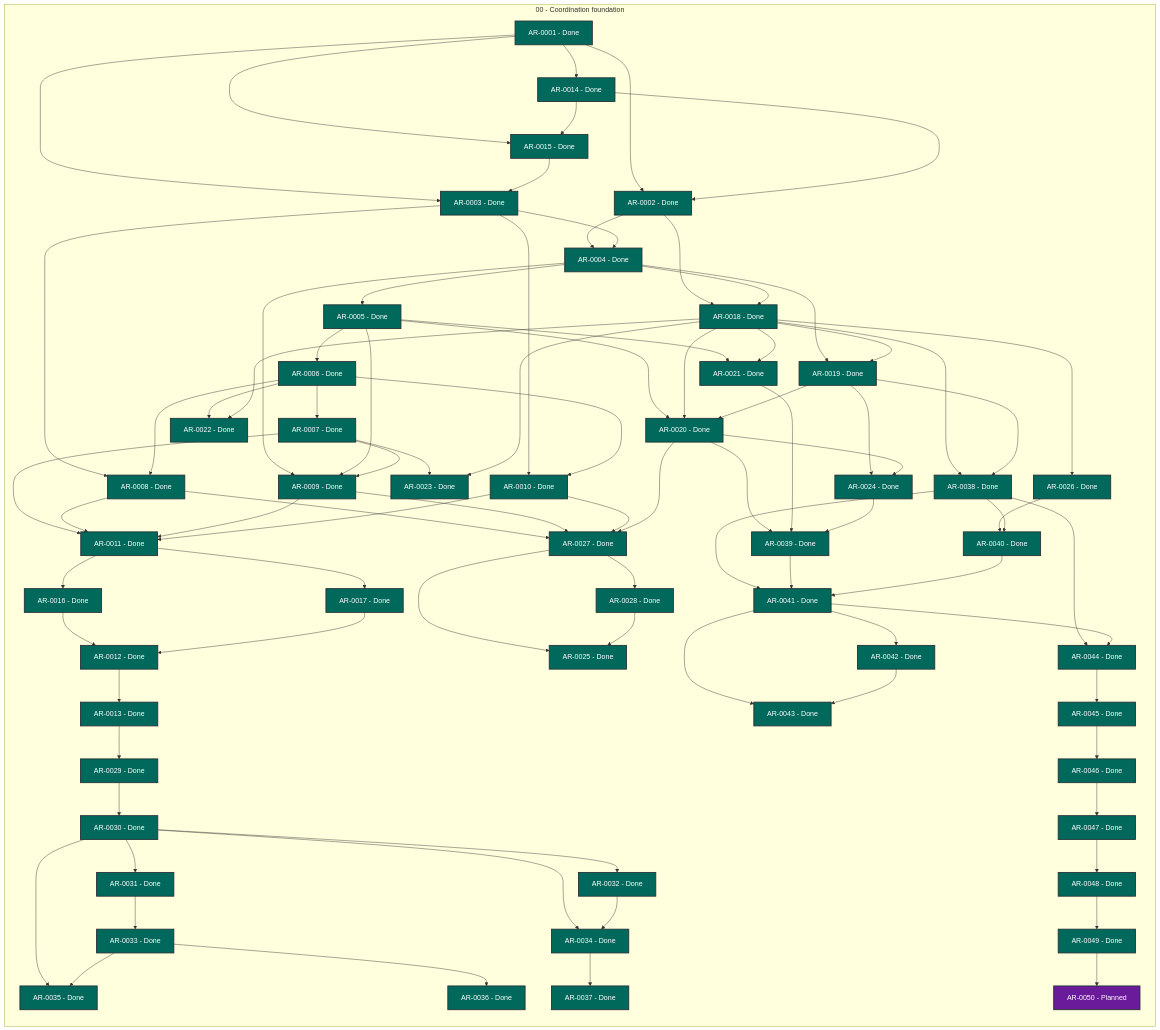
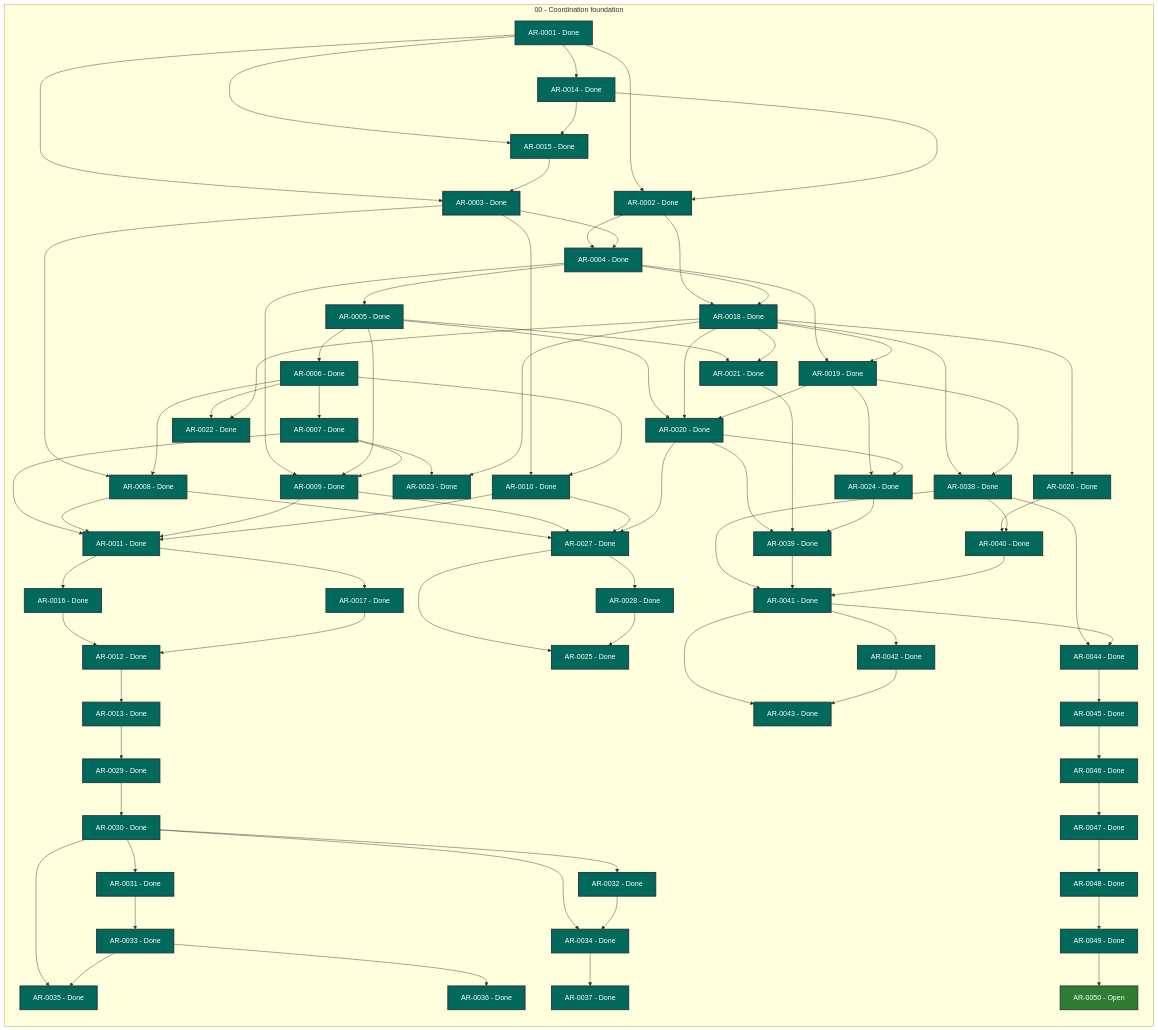
Before and after one commit to martin-beck/agent-workflow-tui-state: the diagram in STATUS.md, drawn with Mermaid. The commit also changed other lines of this file and 2 other files, not shown here.

```diff
--- a/STATUS.md
+++ b/STATUS.md
@@ -77,7 +77,7 @@
         AR_0047["AR-0047 - Done"]:::status_done
         AR_0048["AR-0048 - Done"]:::status_done
         AR_0049["AR-0049 - Done"]:::status_done
-        AR_0050["AR-0050 - Planned"]:::status_planned
+        AR_0050["AR-0050 - Open"]:::status_open
     end
     AR_0001 --> AR_0002
     AR_0001 --> AR_0003
```
